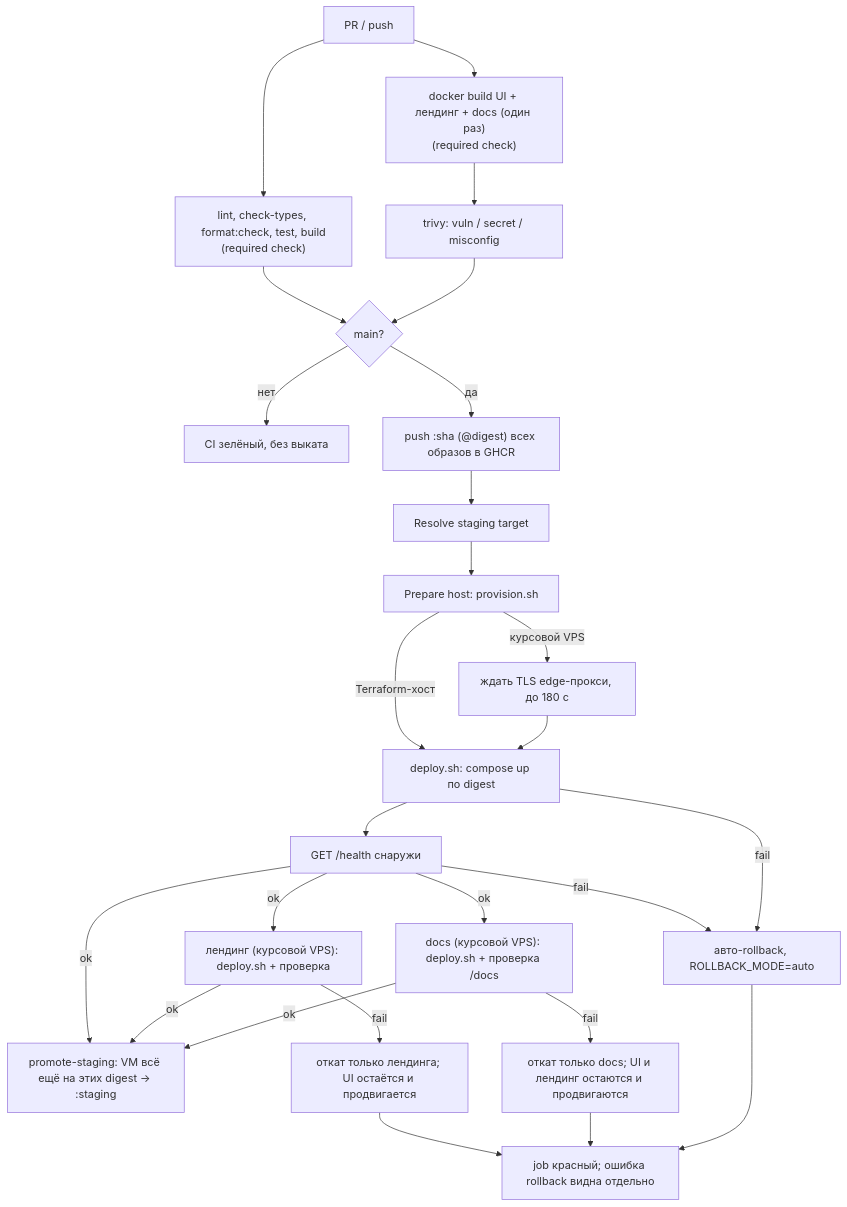
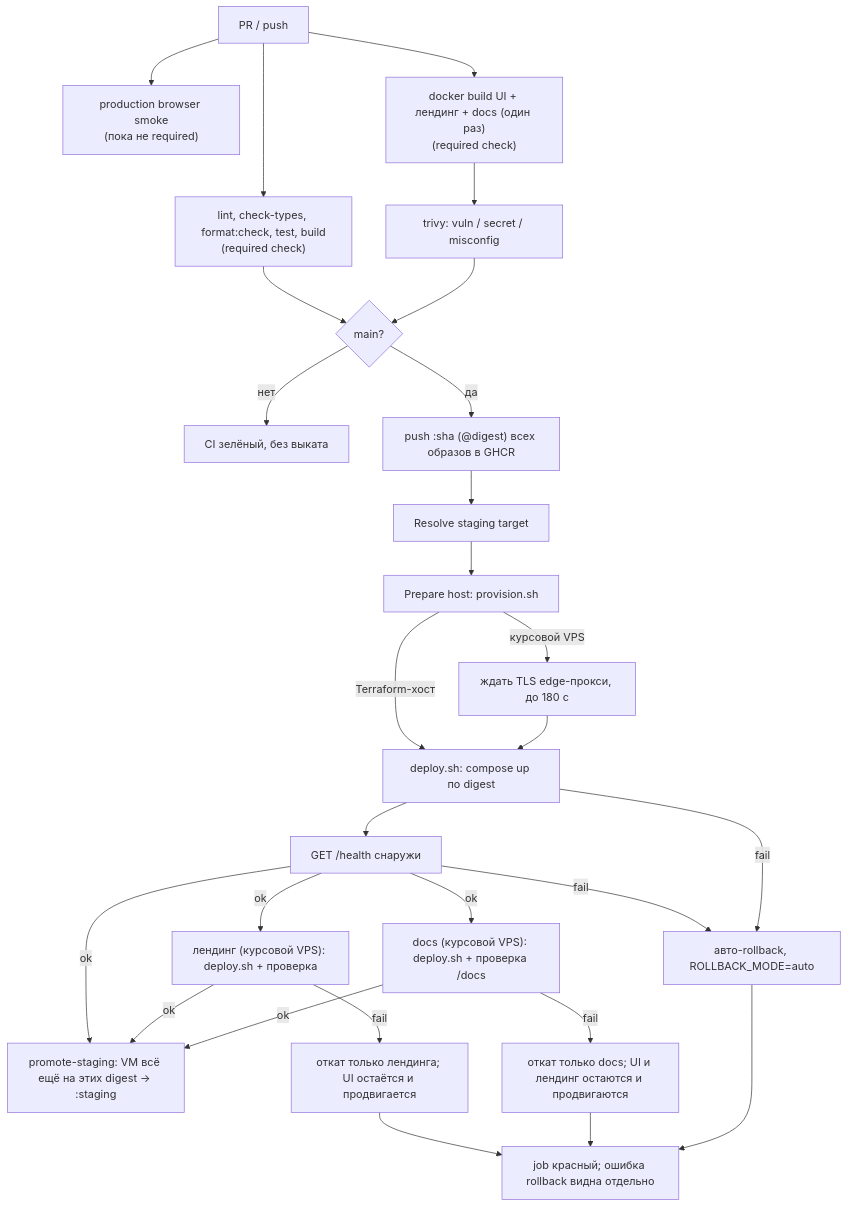
The diagram in docs/CICD.md (larchanka-training/dmc-268-ui-t6), drawn with Mermaid before and after one commit. The commit also changed other lines of this file and 16 other files, not shown here.

````diff
--- a/docs/CICD.md
+++ b/docs/CICD.md
@@ -15,28 +15,29 @@
 ```mermaid
 flowchart TD
   pr["PR / push"] --> quality["lint, check-types, format:check, test, build<br/>(required check)"]
+  pr --> smoke["production browser smoke<br/>(пока не required)"]
   pr --> build["docker build UI + лендинг + docs (один раз)<br/>(required check)"]
   build --> scan["trivy: vuln / secret / misconfig"]
   quality --> gate{"main?"}
   scan --> gate
   gate -->|нет| stop["CI зелёный, без выката"]
   gate -->|да| push["push :sha (@digest) всех образов в GHCR"]
   push --> target["Resolve staging target"]
   target --> prep["Prepare host: provision.sh"]
   prep -->|Terraform-хост| deploy["deploy.sh: compose up по digest"]
   prep -->|курсовой VPS| tls["ждать TLS edge-прокси, до 180 с"]
   tls --> deploy
   deploy --> health["GET /health снаружи"]
   health -->|ok| landing["лендинг (курсовой VPS): deploy.sh + проверка"]
   health -->|ok| promote["promote-staging: VM всё ещё на этих digest → :staging"]
   landing -->|ok| promote
   landing -->|fail| rbl["откат только лендинга; UI остаётся и продвигается"]
   rbl --> fail
   health -->|ok| docs["docs (курсовой VPS): deploy.sh + проверка /docs"]
   docs -->|ok| promote
   docs -->|fail| rbd["откат только docs; UI и лендинг остаются и продвигаются"]
   rbd --> fail
   health -->|fail| rb["авто-rollback, ROLLBACK_MODE=auto"]
   deploy -->|fail| rb
   rb --> fail["job красный; ошибка rollback видна отдельно"]
 ```
````
